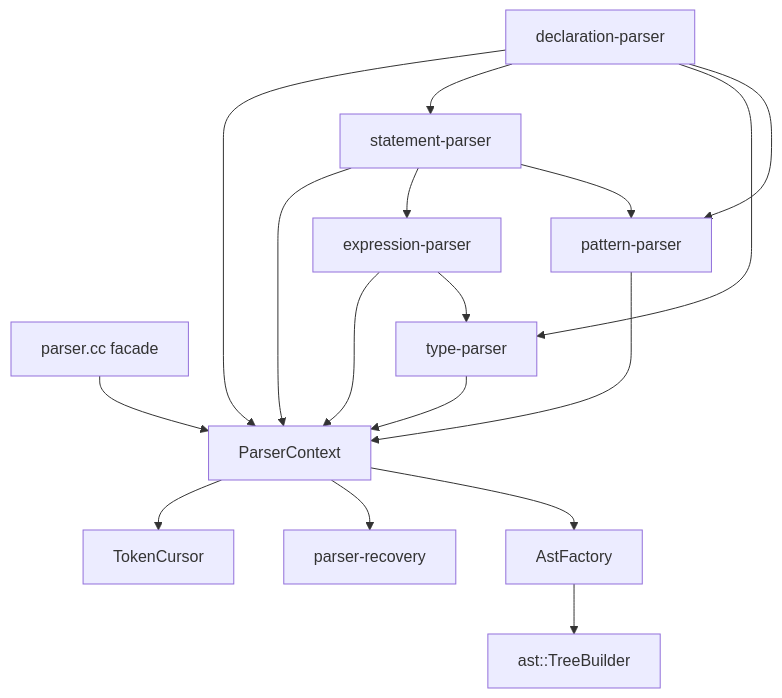
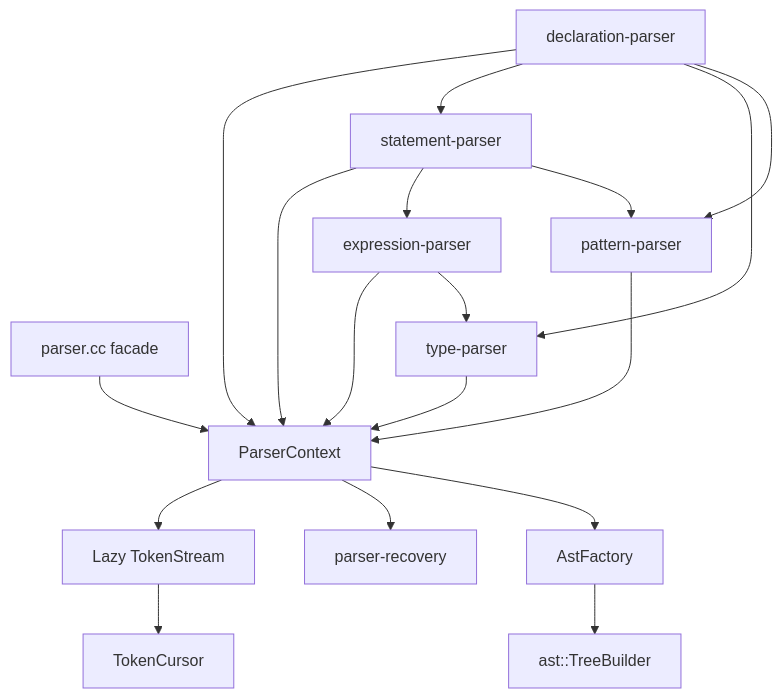
One commit to Zzzode/ZOM changed the third of 5 diagrams in docs/rfc/0002-parser-architecture.md. Above: the diagram before and after it, drawn with Mermaid. The commit also changed other lines of this file and 4 other files, not shown here.

First line of the commit message:
docs(rfc): codify stream frontend architecture

````diff
--- a/docs/rfc/0002-parser-architecture.md
+++ b/docs/rfc/0002-parser-architecture.md
@@ -282,19 +306,20 @@
 ```mermaid
 flowchart TD
   Facade["parser.cc facade"] --> Context["ParserContext"]
-  Context --> Cursor["TokenCursor"]
+  Context --> Stream["Lazy TokenStream"]
+  Stream --> Cursor["TokenCursor"]
   Context --> Recovery["parser-recovery"]
   Context --> Factory["AstFactory"]
   Decls["declaration-parser"] --> Context
   Decls --> Stmts["statement-parser"]
   Decls --> Types["type-parser"]
   Decls --> Patterns["pattern-parser"]
   Stmts --> Context
   Stmts --> Exprs["expression-parser"]
   Stmts --> Patterns
   Exprs --> Context
   Exprs --> Types
   Types --> Context
   Patterns --> Context
   Factory --> Builder["ast::TreeBuilder"]
 ```
````
